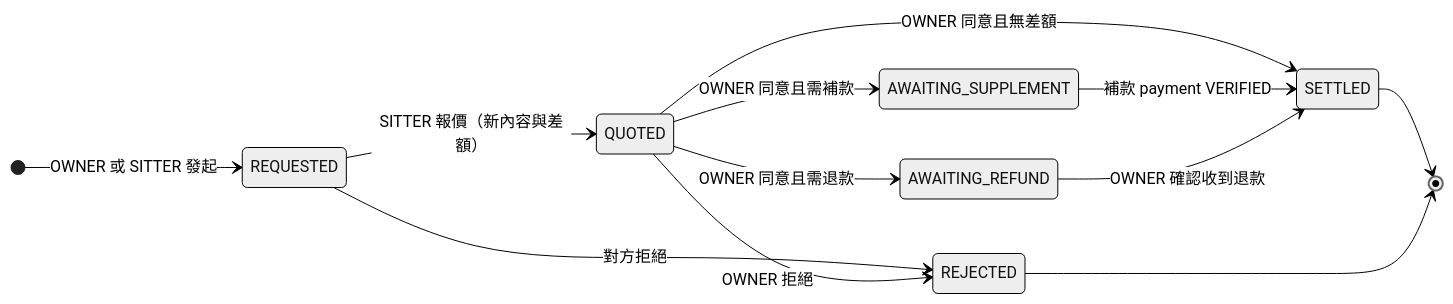
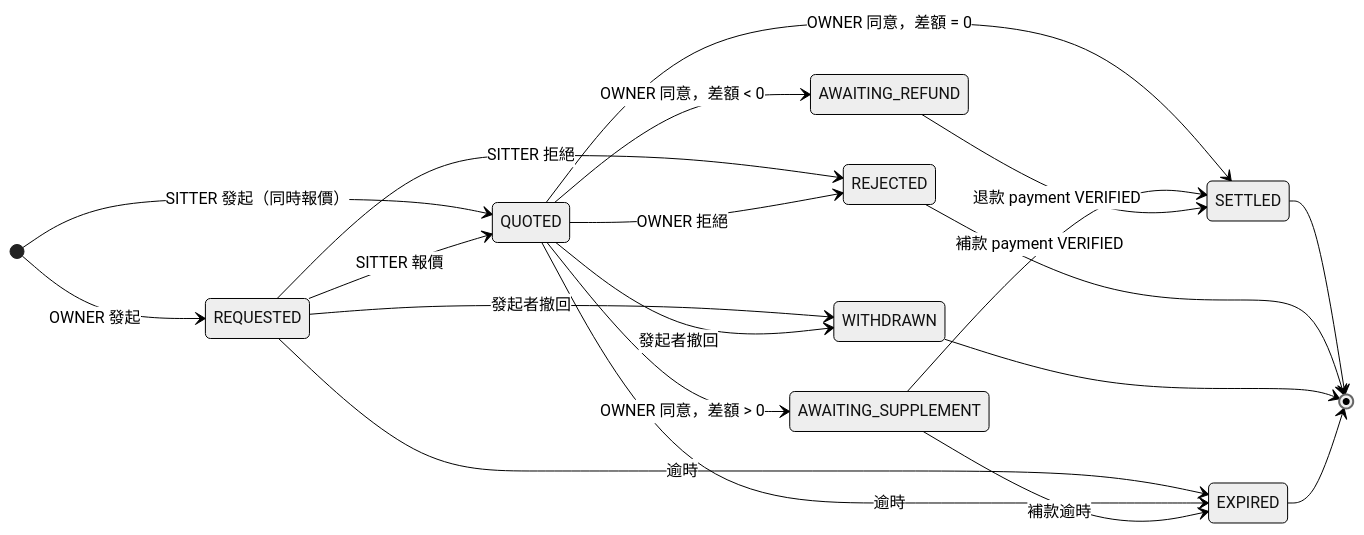
One commit to willchiangch/cat-sitter-project changed the third of 3 diagrams in docs/sa/00-DOMAIN-BASELINE.md. Above: the diagram before and after it, drawn with Mermaid (neutral theme). The commit also changed other lines of this file and 10 other files, not shown here.

First line of the commit message:
docs: baseline 依 CQ-9~36 決定改寫，同步 SD-PLAN / GLOBAL-SPEC / ERD 與部署流程說明

````diff
--- a/docs/sa/00-DOMAIN-BASELINE.md
+++ b/docs/sa/00-DOMAIN-BASELINE.md
@@ -123,15 +168,23 @@
 ```mermaid
 stateDiagram-v2
     direction LR
-    [*] --> REQUESTED: OWNER 或 SITTER 發起
-    REQUESTED --> QUOTED: SITTER 報價（新內容與差額）
-    REQUESTED --> REJECTED: 對方拒絕
+    [*] --> REQUESTED: OWNER 發起
+    [*] --> QUOTED: SITTER 發起（同時報價）
+    REQUESTED --> QUOTED: SITTER 報價
+    REQUESTED --> REJECTED: SITTER 拒絕
     QUOTED --> REJECTED: OWNER 拒絕
-    QUOTED --> AWAITING_SUPPLEMENT: OWNER 同意且需補款
-    QUOTED --> AWAITING_REFUND: OWNER 同意且需退款
-    QUOTED --> SETTLED: OWNER 同意且無差額
+    REQUESTED --> WITHDRAWN: 發起者撤回
+    QUOTED --> WITHDRAWN: 發起者撤回
+    REQUESTED --> EXPIRED: 逾時
+    QUOTED --> EXPIRED: 逾時
+    QUOTED --> AWAITING_SUPPLEMENT: OWNER 同意，差額 > 0
+    QUOTED --> AWAITING_REFUND: OWNER 同意，差額 < 0
+    QUOTED --> SETTLED: OWNER 同意，差額 = 0
     AWAITING_SUPPLEMENT --> SETTLED: 補款 payment VERIFIED
-    AWAITING_REFUND --> SETTLED: OWNER 確認收到退款
+    AWAITING_SUPPLEMENT --> EXPIRED: 補款逾時
+    AWAITING_REFUND --> SETTLED: 退款 payment VERIFIED
     SETTLED --> [*]
     REJECTED --> [*]
+    WITHDRAWN --> [*]
+    EXPIRED --> [*]
 ```
````
